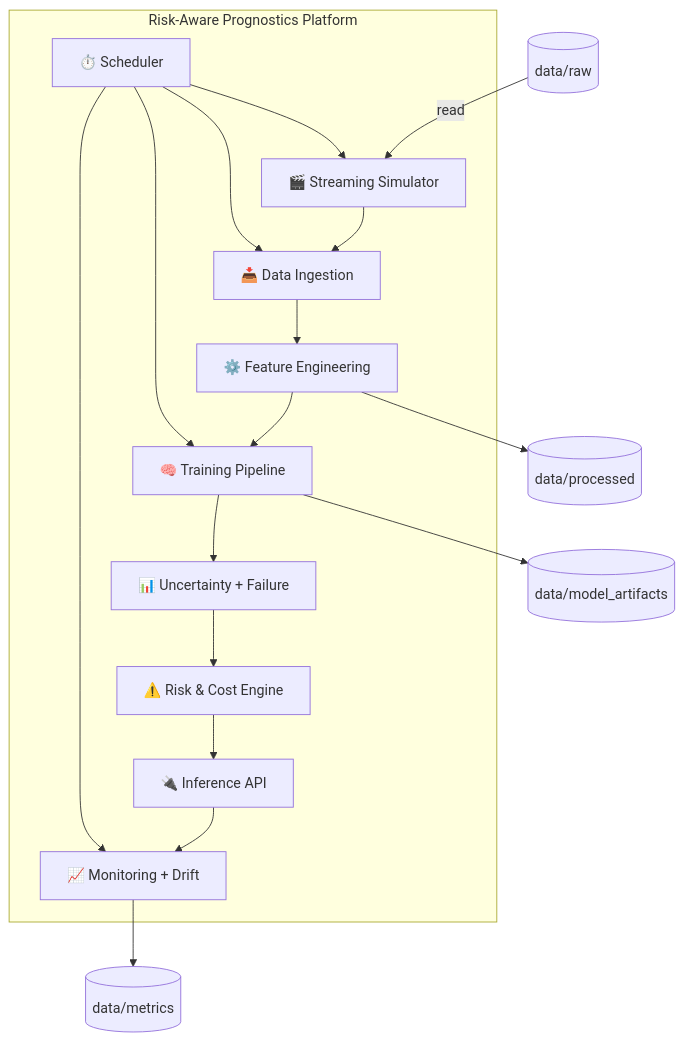
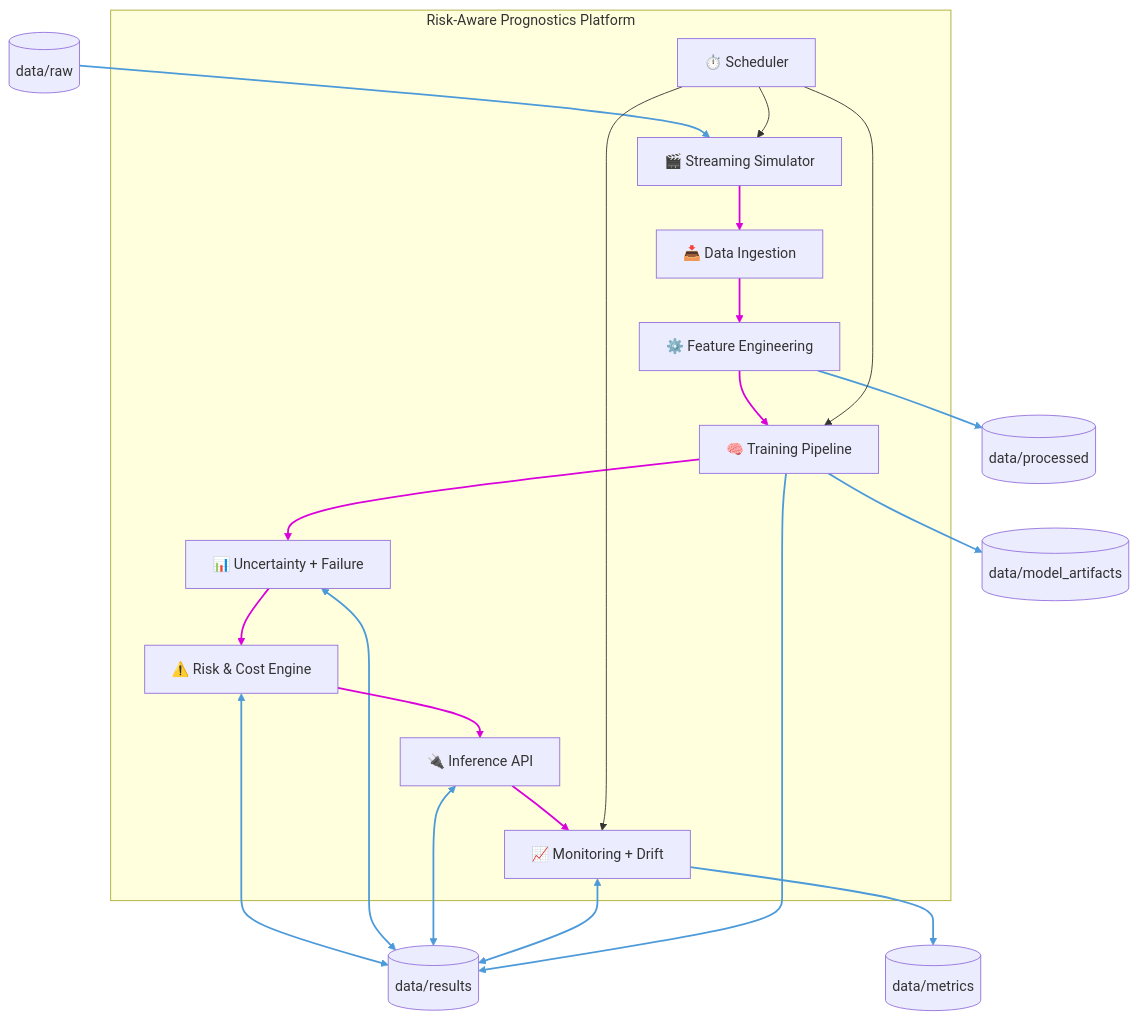
Before and after one commit to FrancescoPicazio/Risk-Aware-AI-Platform-for-Predictive-Maintenance-in-Safety-Critical-Systems: the second of 3 diagrams in docs/ARCHITECTURE.md, drawn with Mermaid. The commit also changed other lines of this file and 17 other files, not shown here.

````diff
--- a/docs/ARCHITECTURE.md
+++ b/docs/ARCHITECTURE.md
@@ -46,27 +46,44 @@
 ```mermaid
 flowchart TB
   subgraph Platform[Risk-Aware Prognostics Platform]
     sim["🎬 Streaming Simulator"]
     ingest["📥 Data Ingestion"]
     fe["⚙️ Feature Engineering"]
     train["🧠 Training Pipeline"]
     uq["📊 Uncertainty + Failure"]
     risk["⚠️ Risk & Cost Engine"]
     api["🔌 Inference API"]
     mon["📈 Monitoring + Drift"]
     sched["⏱️ Scheduler"]
   end
 
-  raw[(data/raw)] -->|read| sim
+  raw[(data/raw)]
+  proc[(data/processed)]
+  artifacts[(data/model_artifacts)]
+  metrics[(data/metrics)]
+  results[(data/results)]
+
+  raw --> sim
   sim --> ingest
-  ingest --> fe --> train --> uq --> risk
+  ingest --> fe
+  fe --> train
+  train --> uq
+  uq --> risk
+  risk <--> results
+  uq <--> results
   risk --> api
+  api <--> results
   api --> mon
-  fe --> proc[(data/processed)]
-  train --> artifacts[(data/model_artifacts)]
-  mon --> metrics[(data/metrics)]
+  mon <--> results
+  fe --> proc
+  train --> artifacts
+  train --> results
+  mon --> metrics
   sched --> sim
-  sched --> ingest
   sched --> train
   sched --> mon
+
+  %% Colori frecce
+  linkStyle 1,2,3,4,5,8,10 stroke:#DB00DB,stroke-width:2px
+  linkStyle 0,6,7,9,11,12,13,14,15 stroke:#4C9AD9,stroke-width:2px
 ```
````
